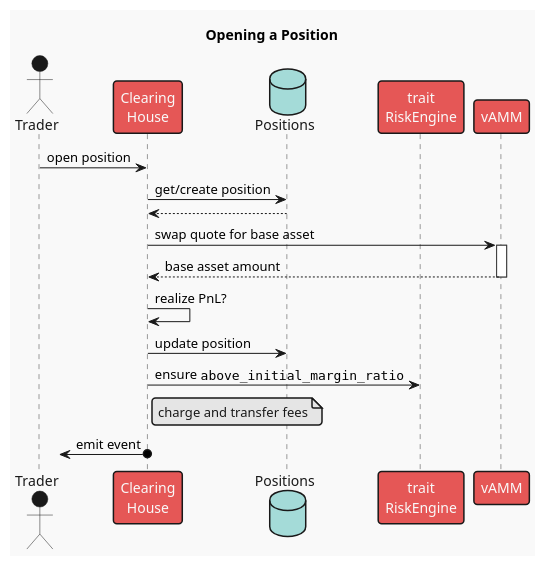
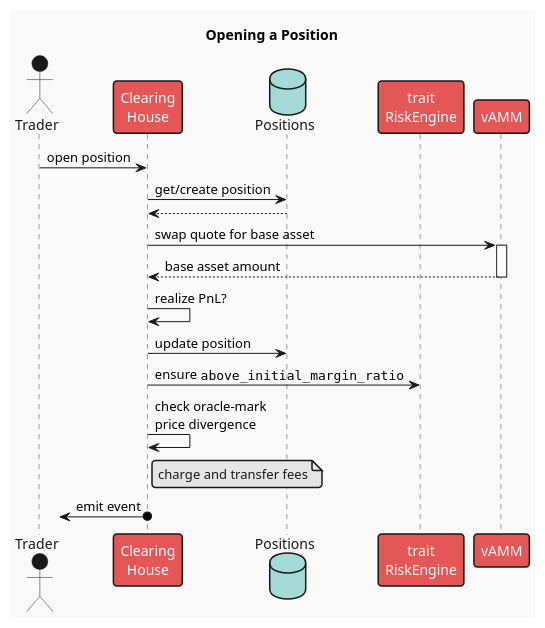
The diagram in frame/clearing-house/diagrams/open-position.plantuml (ComposableFi/composable), drawn with PlantUML before and after one commit.

Commit message:
docs(CH): update open-position sequence diagram

```diff
--- a/frame/clearing-house/diagrams/open-position.plantuml
+++ b/frame/clearing-house/diagrams/open-position.plantuml
@@ -1,33 +1,35 @@
 @startuml open_position
 !theme mars
 skinparam responseMessageBelowArrow true
 
 title Opening a Position
 
 actor Trader
-participant "Clearing\nHouse" as ClearingHouse
+participant "Clearing\nHouse" as CH
 database "Positions" as Storage
 participant "trait\nRiskEngine" as RE
 participant vAMM
 
-Trader -> ClearingHouse : open position
+Trader -> CH : open position
 
-ClearingHouse -> Storage : get/create position
+CH -> Storage : get/create position
 return
-'note right ClearingHouse: compute quote asset\nnotional amount
+'note right CH: compute quote asset\nnotional amount
 
-ClearingHouse -> vAMM ++ : swap quote for base asset
+CH -> vAMM ++ : swap quote for base asset
 return base asset amount
 
-ClearingHouse -> ClearingHouse : realize PnL?
+CH -> CH : realize PnL?
 
-ClearingHouse -> Storage : update position
+CH -> Storage : update position
 
 'RiskEngine
-ClearingHouse -> RE : ensure ""above_initial_margin_ratio""
-'note right ClearingHouse : ensure margin ratio\nabove MMR
+CH -> RE : ensure ""above_initial_margin_ratio""
+'note right CH : ensure margin ratio\nabove MMR
 
-note right ClearingHouse: charge and transfer fees
+CH -> CH: check oracle-mark\nprice divergence
 
-?<-o ClearingHouse : emit event
+note right CH: charge and transfer fees
+
+?<-o CH : emit event
 @enduml
```
